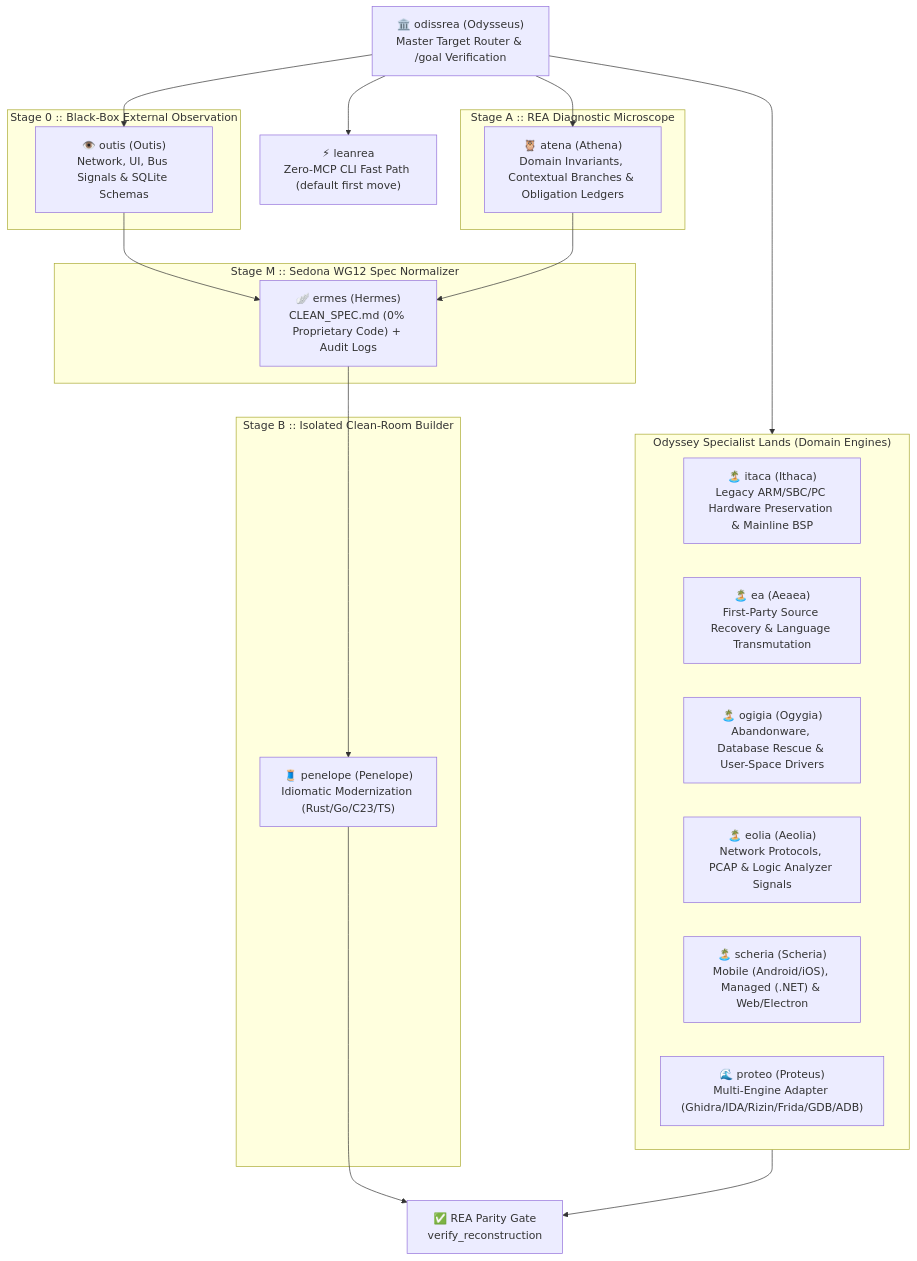
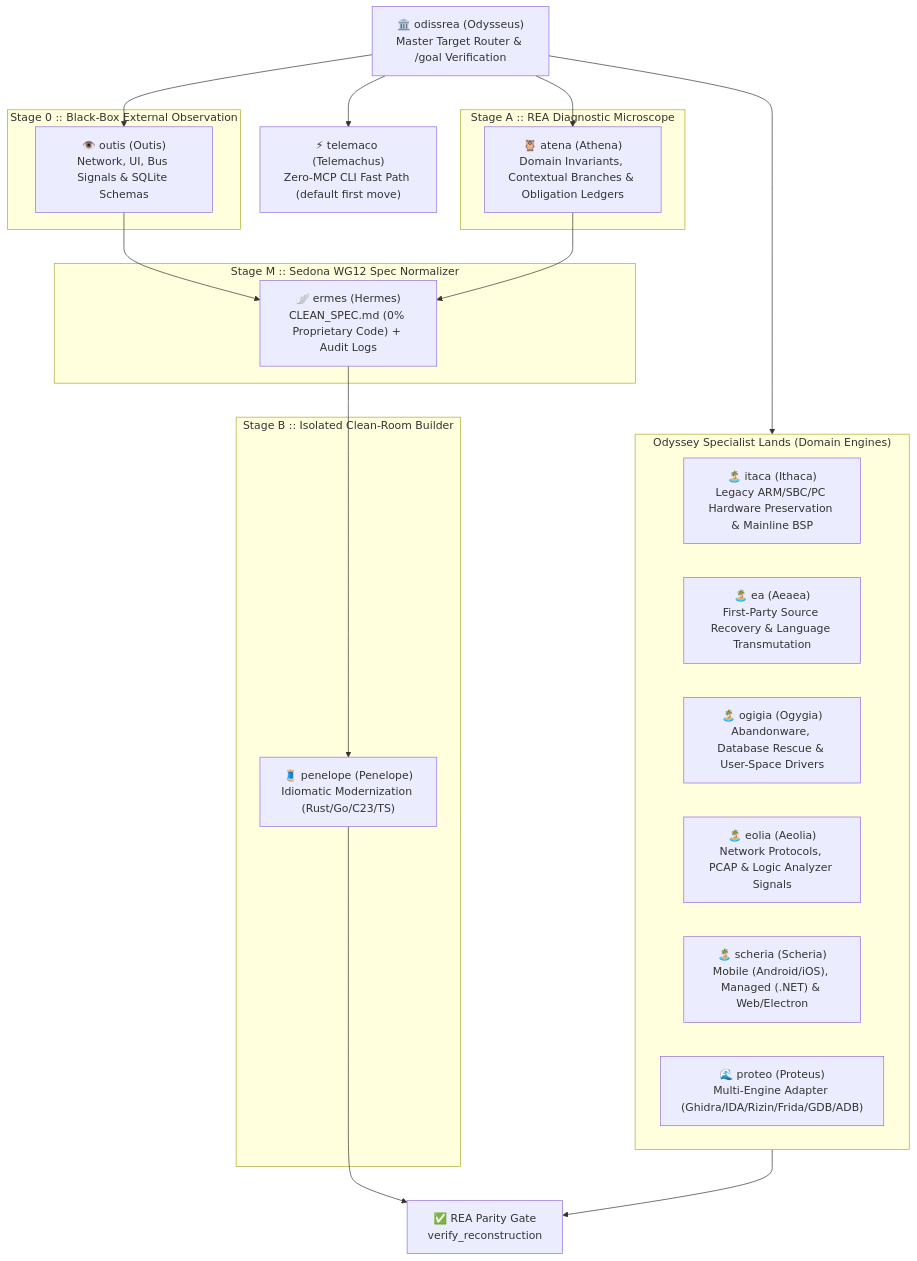
One commit to mich-de/OdissRea changed the first of 2 diagrams in README.md. Above: the diagram before and after it, drawn with Mermaid. The commit also changed other lines of this file and 3 other files, not shown here.

First line of the commit message:
refactor(telemaco): rename fast-path skill to an Odyssey name

````diff
--- a/README.md
+++ b/README.md
@@ -49,40 +49,40 @@
 ```mermaid
 flowchart TD
     Ulisse["🏛️ odissrea (Odysseus)\nMaster Target Router & /goal Verification"]
-    Lean["⚡ leanrea\nZero-MCP CLI Fast Path (default first move)"]
+    Lean["⚡ telemaco (Telemachus)\nZero-MCP CLI Fast Path (default first move)"]
     Ulisse --> Lean
     
     subgraph Stage0["Stage 0 :: Black-Box External Observation"]
         Outis["👁️ outis (Outis)\nNetwork, UI, Bus Signals & SQLite Schemas"]
     end
 
     subgraph StageA["Stage A :: REA Diagnostic Microscope"]
         Atena["🦉 atena (Athena)\nDomain Invariants, Contextual Branches & Obligation Ledgers"]
     end
 
     subgraph StageM["Stage M :: Sedona WG12 Spec Normalizer"]
         Ermes["🪽 ermes (Hermes)\nCLEAN_SPEC.md (0% Proprietary Code) + Audit Logs"]
     end
 
     subgraph StageB["Stage B :: Isolated Clean-Room Builder"]
         Penelope["🧵 penelope (Penelope)\nIdiomatic Modernization (Rust/Go/C23/TS)"]
     end
 
     subgraph SpecialistLands["Odyssey Specialist Lands (Domain Engines)"]
         Itaca["🏝️ itaca (Ithaca)\nLegacy ARM/SBC/PC Hardware Preservation & Mainline BSP"]
         Ea["🏝️ ea (Aeaea)\nFirst-Party Source Recovery & Language Transmutation"]
         Ogigia["🏝️ ogigia (Ogygia)\nAbandonware, Database Rescue & User-Space Drivers"]
         Eolia["🏝️ eolia (Aeolia)\nNetwork Protocols, PCAP & Logic Analyzer Signals"]
         Scheria["🏝️ scheria (Scheria)\nMobile (Android/iOS), Managed (.NET) & Web/Electron"]
         Proteo["🌊 proteo (Proteus)\nMulti-Engine Adapter (Ghidra/IDA/Rizin/Frida/GDB/ADB)"]
     end
 
     Ulisse --> Outis
     Ulisse --> Atena
     Ulisse --> SpecialistLands
     Outis --> Ermes
     Atena --> Ermes
     Ermes --> Penelope
     Penelope --> Verify["✅ REA Parity Gate\nverify_reconstruction"]
     SpecialistLands --> Verify
 ```
````
